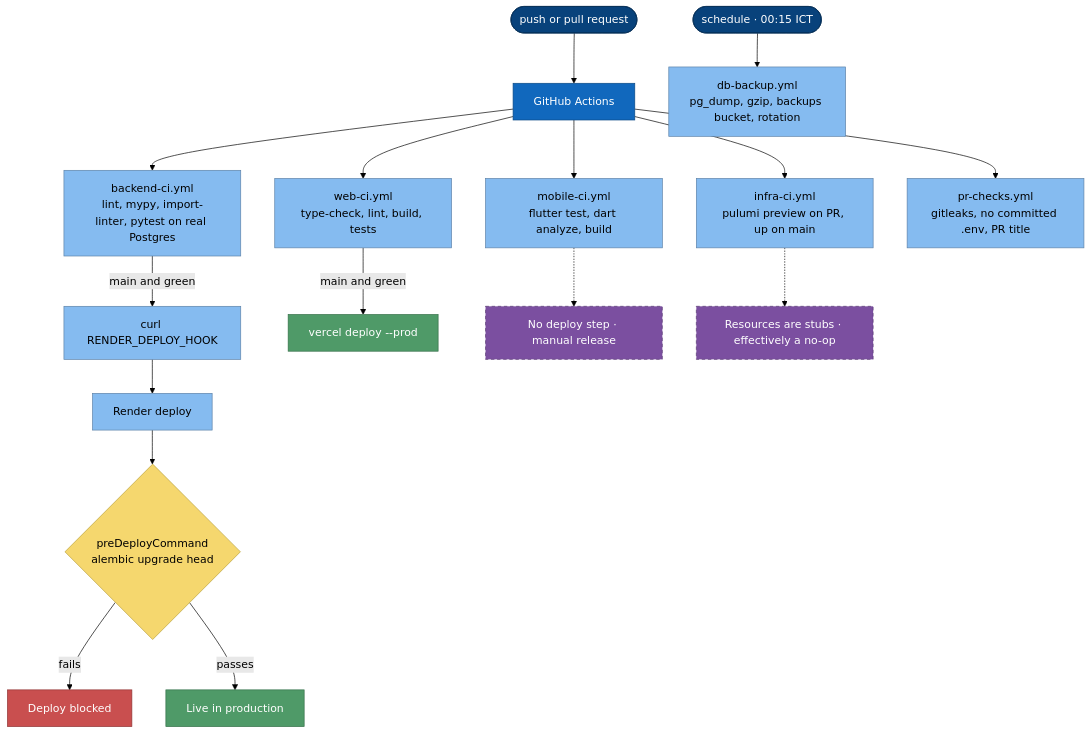
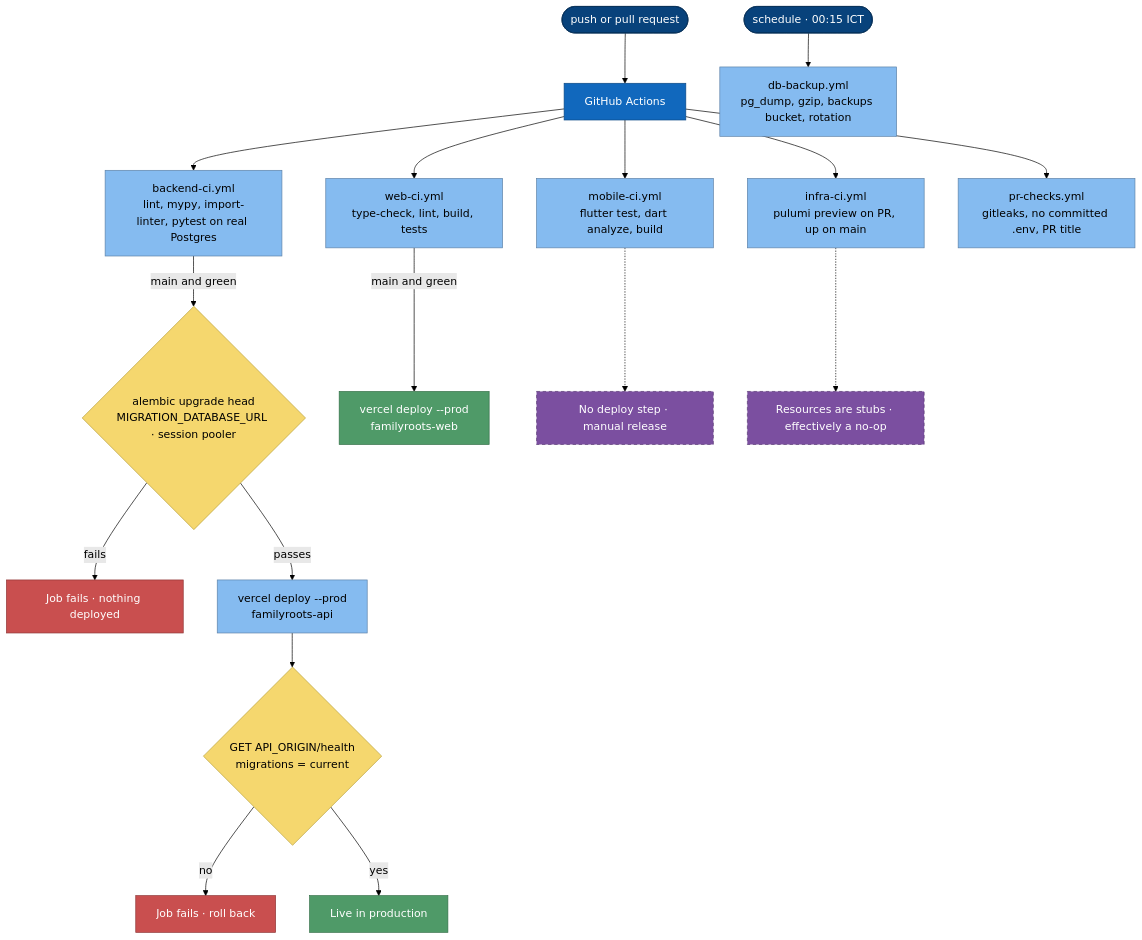
Before and after one commit to namphuongtran/familyroots: the second of 3 diagrams in docs/sad/07-deployment-view.md, drawn with Mermaid (forest theme). The commit also changed other lines of this file and 15 other files, not shown here.

First line of the commit message:
chore(infra): deploy backend and web to Vercel, migrate in CI, and retire Render (#252)

````diff
--- a/docs/sad/07-deployment-view.md
+++ b/docs/sad/07-deployment-view.md
@@ -55,46 +64,48 @@
 ```mermaid
 graph TB
   push([push or pull request]):::person
   cron([schedule · 00:15 ICT]):::person
   gha[GitHub Actions]:::host
 
   b1[backend-ci.yml<br/>lint, mypy, import-linter, pytest on real Postgres]:::comp
   w1[web-ci.yml<br/>type-check, lint, build, tests]:::comp
   m1[mobile-ci.yml<br/>flutter test, dart analyze, build]:::comp
   i1[infra-ci.yml<br/>pulumi preview on PR, up on main]:::comp
   p1[pr-checks.yml<br/>gitleaks, no committed .env, PR title]:::comp
   d1[db-backup.yml<br/>pg_dump, gzip, backups bucket, rotation]:::comp
 
-  hook[curl RENDER_DEPLOY_HOOK]:::comp
-  rdeploy[Render deploy]:::comp
-  pre{preDeployCommand<br/>alembic upgrade head}:::dec
-  stop[Deploy blocked]:::bad
+  mig{alembic upgrade head<br/>MIGRATION_DATABASE_URL · session pooler}:::dec
+  stop[Job fails · nothing deployed]:::bad
+  bdeploy[vercel deploy --prod<br/>familyroots-api]:::comp
+  health{GET API_ORIGIN/health<br/>migrations = current}:::dec
+  red[Job fails · roll back]:::bad
   live[Live in production]:::good
-  vdeploy[vercel deploy --prod]:::good
+  vdeploy[vercel deploy --prod<br/>familyroots-web]:::good
   manual[No deploy step · manual release]:::v2
   noop[Resources are stubs · effectively a no-op]:::v2
 
   push --> gha
   cron --> d1
   gha --> b1
   gha --> w1
   gha --> m1
   gha --> i1
   gha --> p1
-  b1 -->|main and green| hook
-  hook --> rdeploy
-  rdeploy --> pre
-  pre -->|fails| stop
-  pre -->|passes| live
+  b1 -->|main and green| mig
+  mig -->|fails| stop
+  mig -->|passes| bdeploy
+  bdeploy --> health
+  health -->|no| red
+  health -->|yes| live
   w1 -->|main and green| vdeploy
   m1 -.-> manual
   i1 -.-> noop
 
   classDef person fill:#08427b,stroke:#052e56,color:#ffffff
   classDef host fill:#1168bd,stroke:#0b4884,color:#ffffff
   classDef comp fill:#85bbf0,stroke:#5d82a8,color:#000000
   classDef dec fill:#f5d76e,stroke:#b8a13c,color:#000000
   classDef good fill:#4f9a68,stroke:#357049,color:#ffffff
   classDef bad fill:#c94f4f,stroke:#8f3636,color:#ffffff
   classDef v2 fill:#7b4fa0,stroke:#54356f,color:#ffffff,stroke-dasharray:5 4
 ```
````
